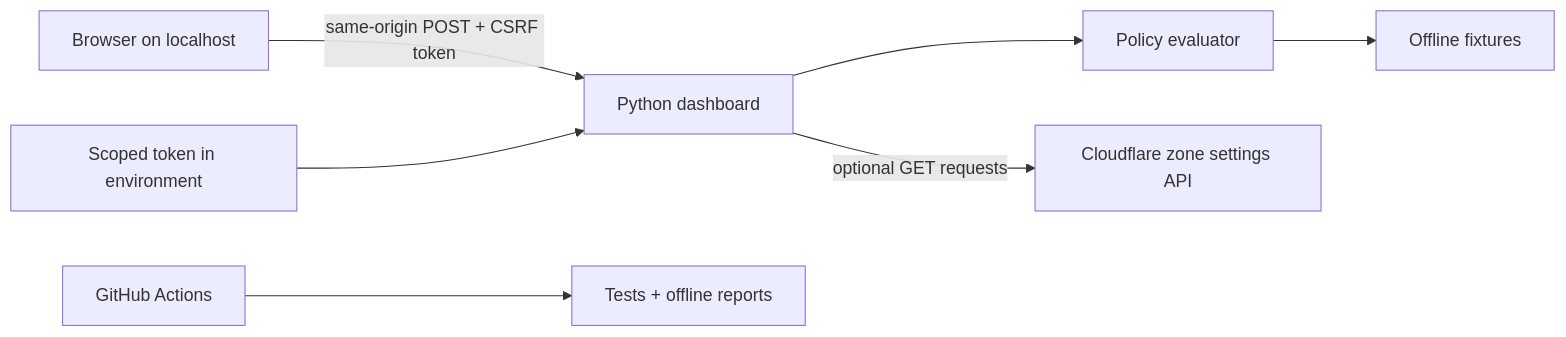
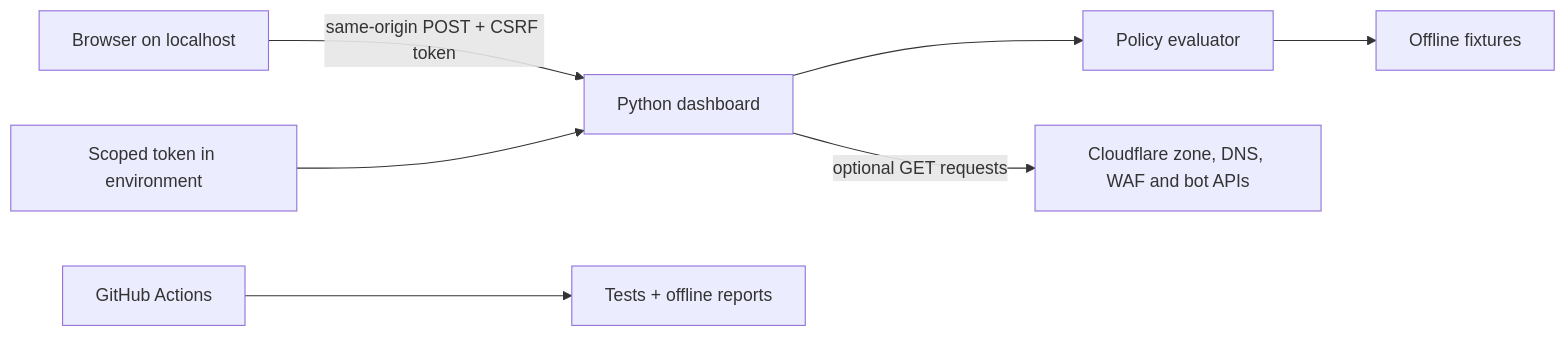
One commit to Aerix-sys/cloudflare-baseline-guard changed the diagram in CASE_STUDY.md. Above: the diagram before and after it, drawn with Mermaid. The commit also changed other lines of this file and 14 other files, not shown here.

````diff
--- a/CASE_STUDY.md
+++ b/CASE_STUDY.md
@@ -13,9 +13,9 @@
 ```mermaid
 flowchart LR
     U[Browser on localhost] -->|same-origin POST + CSRF token| W[Python dashboard]
     W --> P[Policy evaluator]
     P --> F[Offline fixtures]
-    W -->|optional GET requests| C[Cloudflare zone settings API]
+    W -->|optional GET requests| C[Cloudflare zone, DNS, WAF and bot APIs]
     E[Scoped token in environment] --> W
     G[GitHub Actions] --> T[Tests + offline reports]
 ```
````
